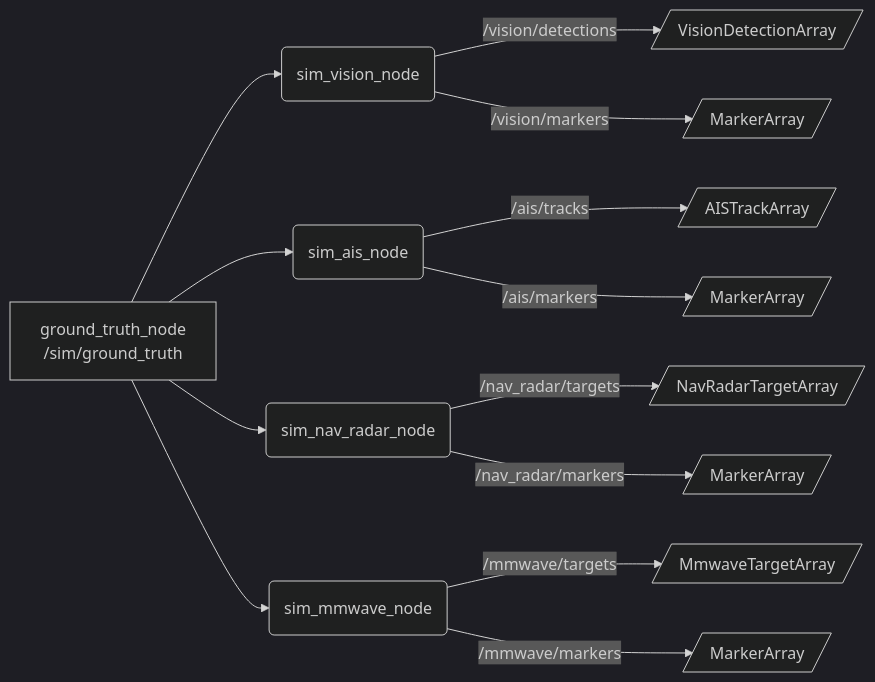
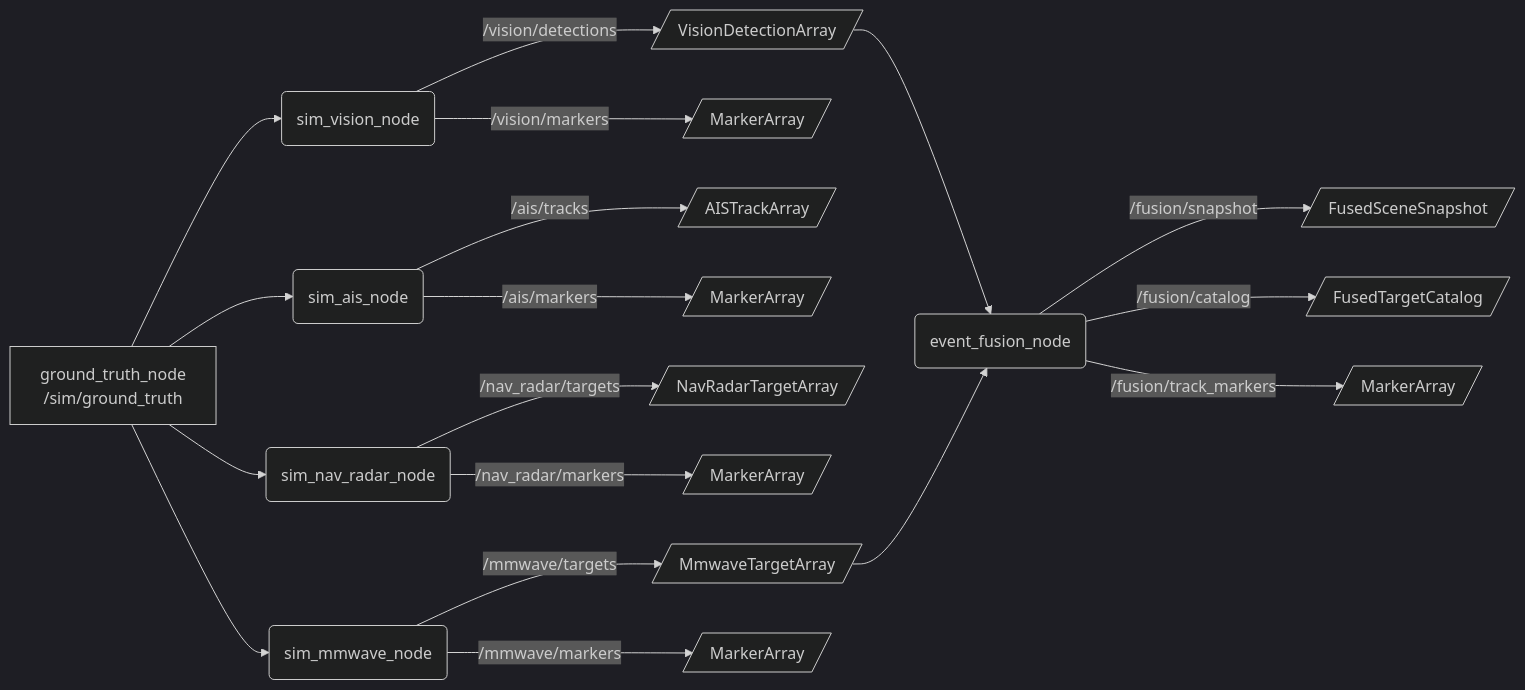
One commit to murphychen75-sketch/ground_truth_sim changed the diagram in README.md. Above: the diagram before and after it, drawn with Mermaid (dark theme). The commit also changed other lines of this file and 1922 other files, not shown here.

First line of the commit message:
Add event-driven fusion stack and extend fusion interfaces.

````diff
--- a/README.md
+++ b/README.md
@@ -49,19 +60,25 @@
 ```mermaid
 flowchart LR
     GT[ground_truth_node\n/sim/ground_truth] --> VISION(sim_vision_node)
     GT --> AIS(sim_ais_node)
     GT --> NAV(sim_nav_radar_node)
     GT --> MMWAVE(sim_mmwave_node)
 
     VISION -->|/vision/detections| VisionTopic[/VisionDetectionArray/]
     VISION -->|/vision/markers| VisionMarkers[/MarkerArray/]
 
     AIS -->|/ais/tracks| AISTopic[/AISTrackArray/]
     AIS -->|/ais/markers| AISMarkers[/MarkerArray/]
 
     NAV -->|/nav_radar/targets| NavTopic[/NavRadarTargetArray/]
     NAV -->|/nav_radar/markers| NavMarkers[/MarkerArray/]
 
     MMWAVE -->|/mmwave/targets| MmwaveTopic[/MmwaveTargetArray/]
     MMWAVE -->|/mmwave/markers| MmwaveMarkers[/MarkerArray/]
+
+    VisionTopic --> FUSION(event_fusion_node)
+    MmwaveTopic --> FUSION
+    FUSION -->|/fusion/snapshot| FusionSnap[/FusedSceneSnapshot/]
+    FUSION -->|/fusion/catalog| FusionCat[/FusedTargetCatalog/]
+    FUSION -->|/fusion/track_markers| FusionMarkers[/MarkerArray/]
 ```
````
